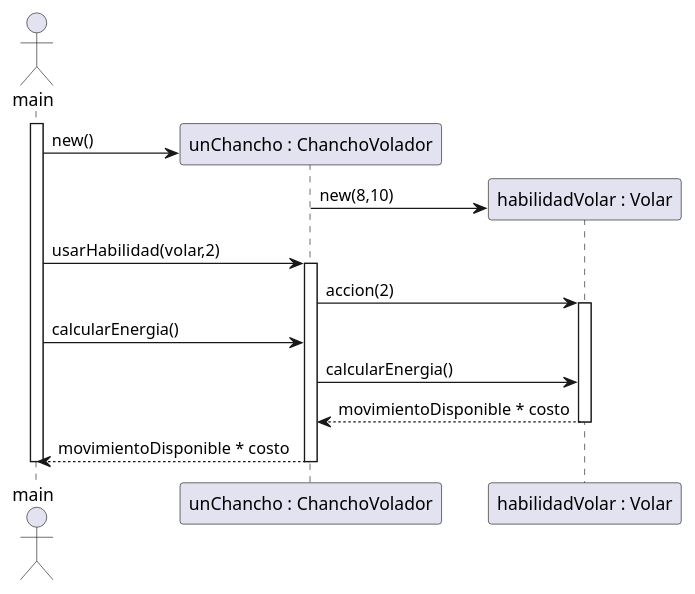
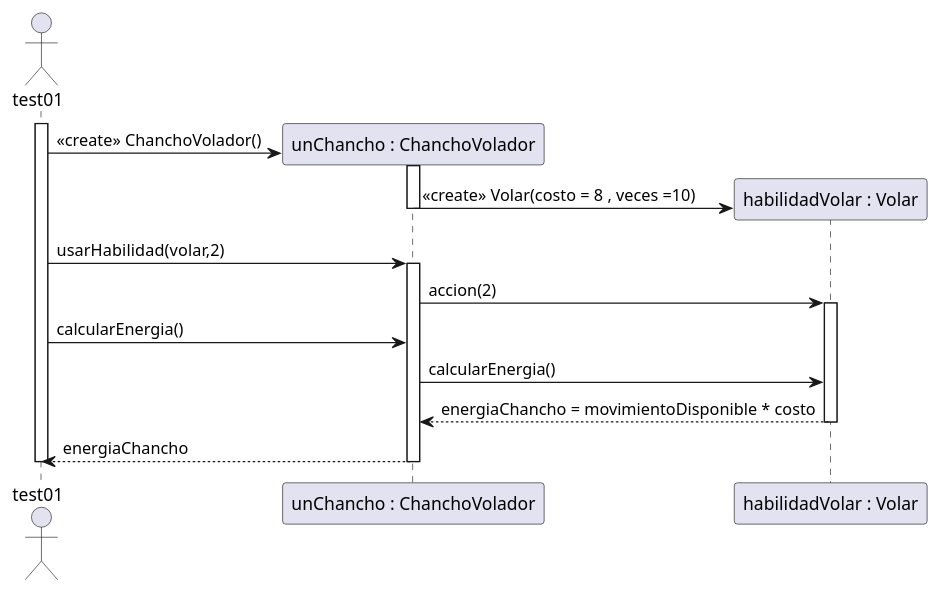
One commit to Mortha4/algoritmos3-parciales-Suarez changed the diagram in GranjaOrson1C2026/diagrama/casoDeUso1.puml. Above: the diagram before and after it, drawn with PlantUML. The commit also changed 5 other files, not shown here.

```diff
--- a/GranjaOrson1C2026/diagrama/casoDeUso1.puml
+++ b/GranjaOrson1C2026/diagrama/casoDeUso1.puml
@@ -1,33 +1,36 @@
 @startuml
 
 'calcular energia de chancho volador despues de 2 aleteos'
 
 
-actor main
-activate main
+actor test01
+activate test01
 
 create participant "unChancho : ChanchoVolador" as chancho1
-main -> chancho1 : new()
+test01 -> chancho1 : <<create>> ChanchoVolador()
 create participant "habilidadVolar : Volar" as volarChancho
-chancho1 -> volarChancho : new(8,10)
+activate chancho1
+chancho1 -> volarChancho : <<create>> Volar(costo = 8 , veces =10)
+deactivate chancho1
+
 
    
-main -> chancho1 : usarHabilidad(volar,2)
+test01 -> chancho1 : usarHabilidad(volar,2)
 activate chancho1
 chancho1 -> volarChancho: accion(2)
 activate volarChancho
-main -> chancho1 : calcularEnergia()
+test01 -> chancho1 : calcularEnergia()
 chancho1 -> volarChancho : calcularEnergia()
-volarChancho --> chancho1 : movimientoDisponible * costo
+volarChancho --> chancho1 : energiaChancho = movimientoDisponible * costo
 deactivate volarChancho
-chancho1 --> main : movimientoDisponible * costo
+chancho1 --> test01 : energiaChancho
 deactivate chancho1
-deactivate main
+deactivate test01
 
 
 
 
 
 
 
 @enduml
```
